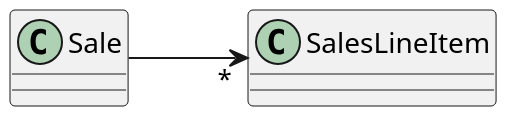
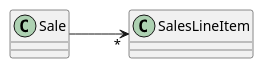
Before and after one commit to bth-dipt-teaching/PA1458-OO-Design: the third of 8 diagrams in Lectures/07_Design_to_Code.org, drawn with PlantUML. The commit also changed other lines of this file and 15 other files, not shown here.

```diff
--- a/Lectures/07_Design_to_Code.org
+++ b/Lectures/07_Design_to_Code.org
@@ -75,5 +76,5 @@
 #+BEGIN_SRC plantuml :file FCollectionsToCode.png
-scale 2
+' scale 2
 left to right direction
 Sale --> "*" SalesLineItem
 #+END_SRC
```
